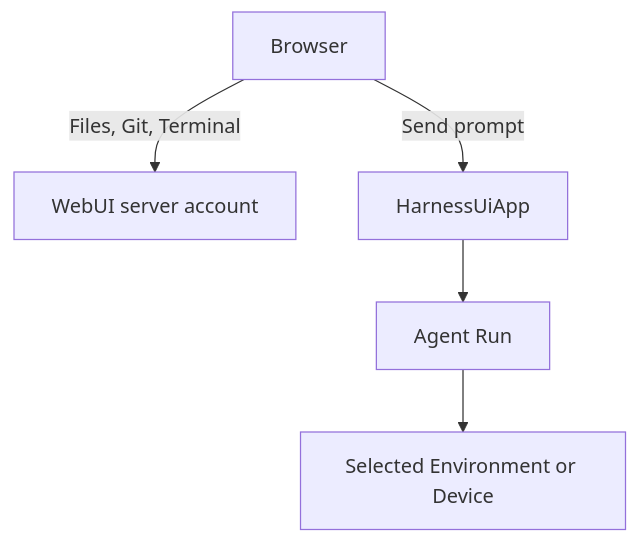
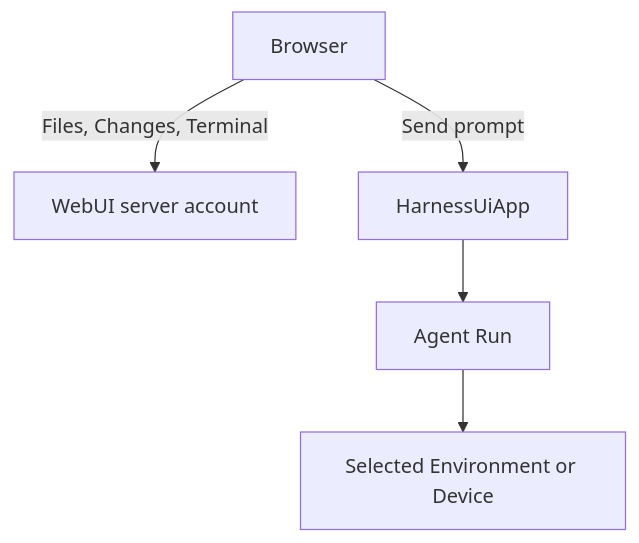
The diagram in docs/a13n-harness-ui/webui.md (converge-ai-labs/agent-foundation), drawn with Mermaid before and after one commit. The commit also changed other lines of this file and 199 other files, not shown here.

````diff
--- a/docs/a13n-harness-ui/webui.md
+++ b/docs/a13n-harness-ui/webui.md
@@ -22,10 +22,10 @@
 ```mermaid
 flowchart TB
-    Browser -->|Files, Git, Terminal| Host[WebUI server account]
+    Browser -->|Files, Changes, Terminal| Host[WebUI server account]
     Browser -->|Send prompt| App[HarnessUiApp]
     App --> Agent[Agent Run]
     Agent --> Environment[Selected Environment or Device]
 
     class Browser app
     class App,Agent a13n
 ```
````
